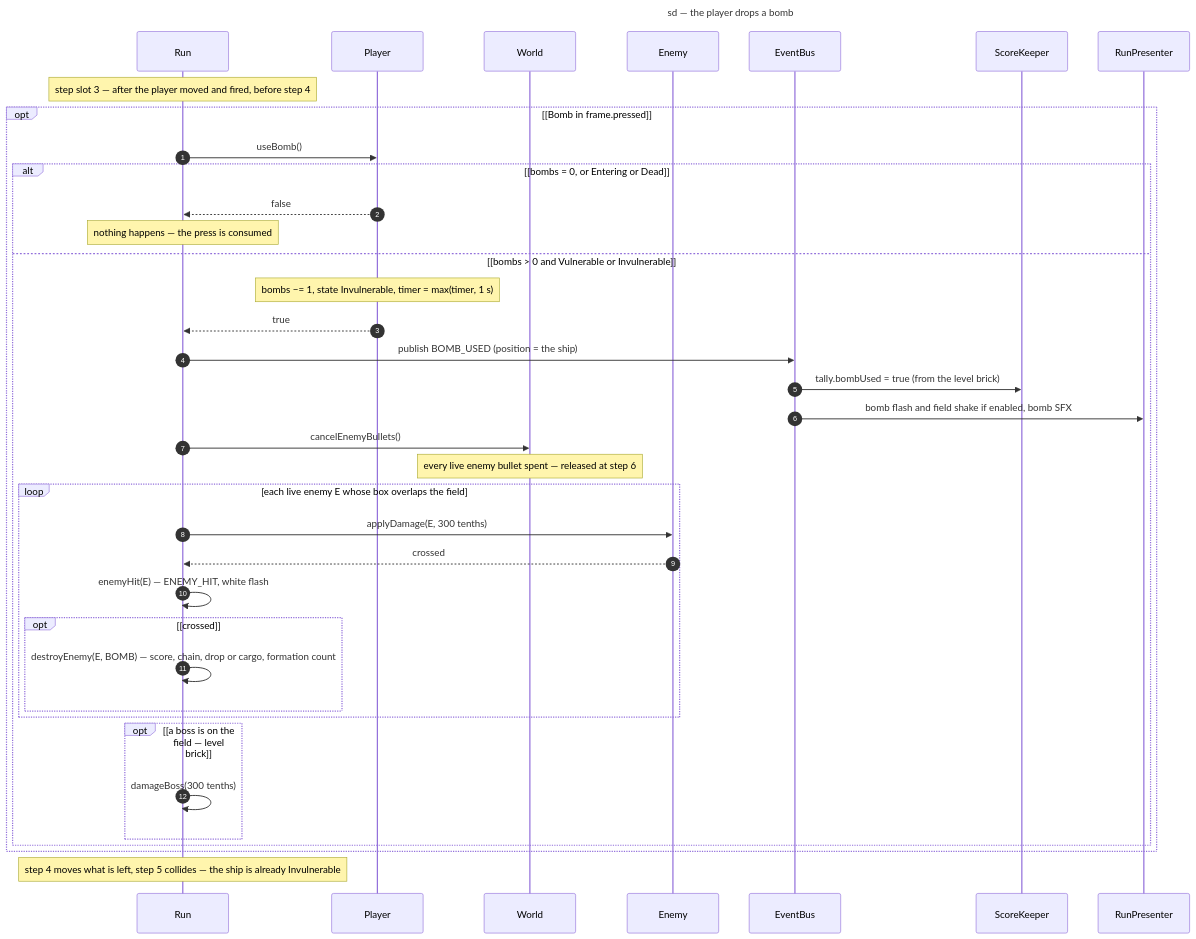
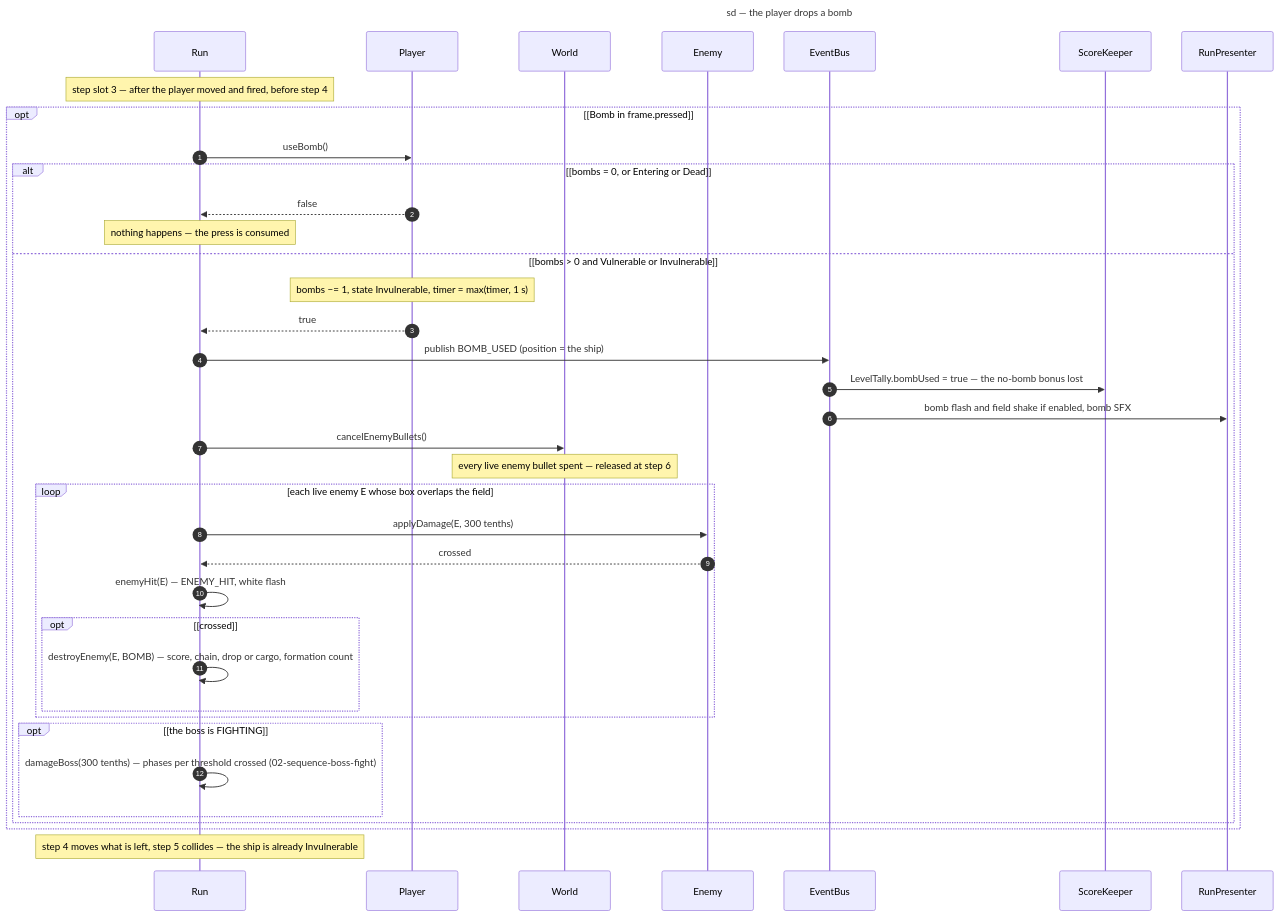
One commit to benoit-bremaud/retro-shmup changed the diagram in docs/architecture/diagrams/gameplay/02-sequence-bomb.md. Above: the diagram before and after it, drawn with Mermaid. The commit also changed other lines of this file and 13 other files, not shown here.

First line of the commit message:
docs(design): GDD v0.10 and ADR-0022 for the level brick (#34)

````diff
--- a/docs/architecture/diagrams/gameplay/02-sequence-bomb.md
+++ b/docs/architecture/diagrams/gameplay/02-sequence-bomb.md
@@ -20,43 +21,43 @@
 ```mermaid
 ---
 title: sd — the player drops a bomb
 ---
 sequenceDiagram
   autonumber
   participant Run as Run
   participant Pl as Player
   participant W as World
   participant E as Enemy
   participant Bus as EventBus
   participant SK as ScoreKeeper
   participant P as RunPresenter
 
   Note over Run: step slot 3 — after the player moved and fired, before step 4
   opt [Bomb in frame.pressed]
     Run->>Pl: useBomb()
     alt [bombs = 0, or Entering or Dead]
       Pl-->>Run: false
       Note over Run: nothing happens — the press is consumed
     else [bombs > 0 and Vulnerable or Invulnerable]
       Note over Pl: bombs −= 1, state Invulnerable, timer = max(timer, 1 s)
       Pl-->>Run: true
       Run->>Bus: publish BOMB_USED (position = the ship)
-      Bus->>SK: tally.bombUsed = true (from the level brick)
+      Bus->>SK: LevelTally.bombUsed = true — the no-bomb bonus lost
       Bus->>P: bomb flash and field shake if enabled, bomb SFX
       Run->>W: cancelEnemyBullets()
       Note over W: every live enemy bullet spent — released at step 6
       loop each live enemy E whose box overlaps the field
         Run->>E: applyDamage(E, 300 tenths)
         E-->>Run: crossed
         Run->>Run: enemyHit(E) — ENEMY_HIT, white flash
         opt [crossed]
           Run->>Run: destroyEnemy(E, BOMB) — score, chain, drop or cargo, formation count
         end
       end
-      opt [a boss is on the field — level brick]
-        Run->>Run: damageBoss(300 tenths)
+      opt [the boss is FIGHTING]
+        Run->>Run: damageBoss(300 tenths) — phases per threshold crossed (02-sequence-boss-fight)
       end
     end
   end
   Note over Run: step 4 moves what is left, step 5 collides — the ship is already Invulnerable
 ```
````
